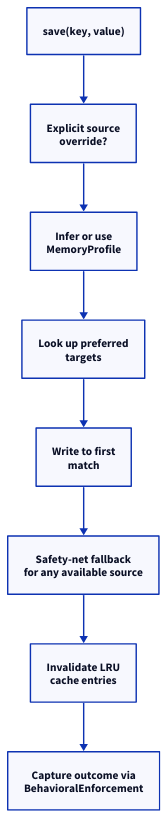
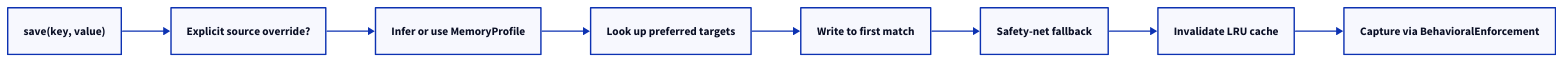
One commit to BuboTheWise/MemChorus changed the diagram in diagrams/write_path.d2. Above: the diagram before and after it, drawn with D2. The commit also changed 8 other files, not shown here.

Commit message:
docs(readme): shrink horizontal pipeline diagrams; add Multi-Wing routing SVG

```diff
--- a/diagrams/write_path.d2
+++ b/diagrams/write_path.d2
@@ -1,32 +1,24 @@
 vars: {
   d2-config: {
     layout-engine: elk
   }
 }
 
-direction: down
+direction: right
 
-step1: "save(key, value)"
+save: "save(key, value)"
+override: "Explicit source override?"
+profile: "Infer or use MemoryProfile"
+targets: "Look up preferred targets"
+write: "Write to first match"
+fallback: "Safety-net fallback"
+lru: "Invalidate LRU cache"
+capture: "Capture via BehavioralEnforcement"
 
-step2: "Explicit source\noverride?"
-
-step3: "Infer or use\nMemoryProfile"
-
-step4: "Look up preferred\ntargets"
-
-step5: "Write to first\nmatch"
-
-step6: "Safety-net fallback\nfor any available source"
-
-step7: "Invalidate LRU\ncache entries"
-
-step8: "Capture outcome via\nBehavioralEnforcement"
-
-# Pipeline chain
-step1 -> step2
-step2 -> step3
-step3 -> step4
-step4 -> step5
-step5 -> step6
-step6 -> step7
-step7 -> step8
+save -> override
+override -> profile
+profile -> targets
+targets -> write
+write -> fallback
+fallback -> lru
+lru -> capture
```
